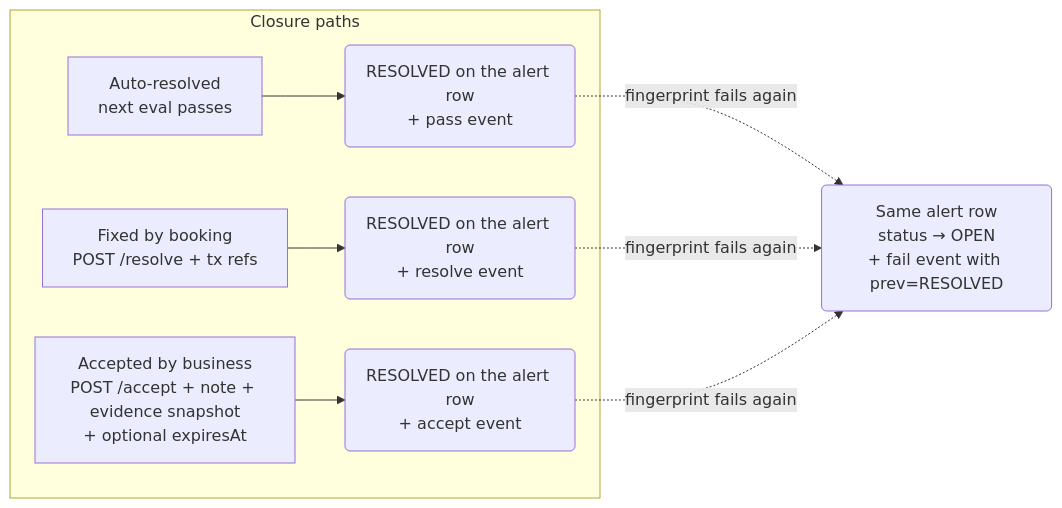
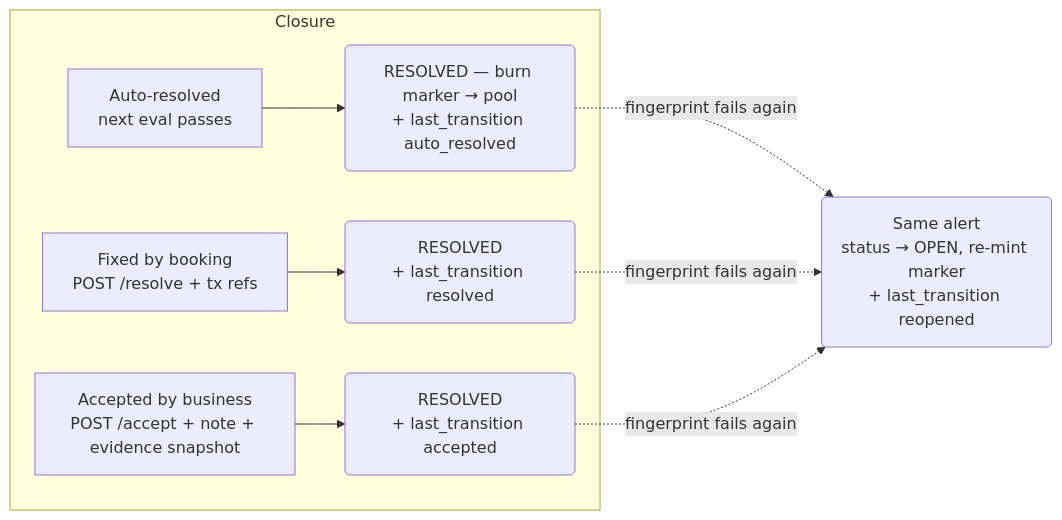
The fourth of 7 diagrams in docs/technical/workflows.md (formancehq/reconciliation), drawn with Mermaid before and after one commit. The commit also changed other lines of this file and 10 other files, not shown here.

````diff
--- a/docs/technical/workflows.md
+++ b/docs/technical/workflows.md
@@ -130,11 +134,11 @@
 ```mermaid
 flowchart LR
-    subgraph "Closure paths"
-        A[Auto-resolved<br/>next eval passes] --> R(RESOLVED on the alert row<br/>+ pass event)
-        F[Fixed by booking<br/>POST /resolve + tx refs] --> R2(RESOLVED on the alert row<br/>+ resolve event)
-        B[Accepted by business<br/>POST /accept + note + evidence snapshot<br/>+ optional expiresAt] --> R3(RESOLVED on the alert row<br/>+ accept event)
+    subgraph Closure
+        A[Auto-resolved<br/>next eval passes] --> R(RESOLVED — burn marker → pool<br/>+ last_transition auto_resolved)
+        F[Fixed by booking<br/>POST /resolve + tx refs] --> R2(RESOLVED<br/>+ last_transition resolved)
+        B[Accepted by business<br/>POST /accept + note + evidence snapshot] --> R3(RESOLVED<br/>+ last_transition accepted)
     end
-    R -.fingerprint fails again.-> Reopen(Same alert row<br/>status → OPEN<br/>+ fail event with prev=RESOLVED)
+    R -.fingerprint fails again.-> Reopen(Same alert<br/>status → OPEN, re-mint marker<br/>+ last_transition reopened)
     R2 -.fingerprint fails again.-> Reopen
     R3 -.fingerprint fails again.-> Reopen
 ```
````
